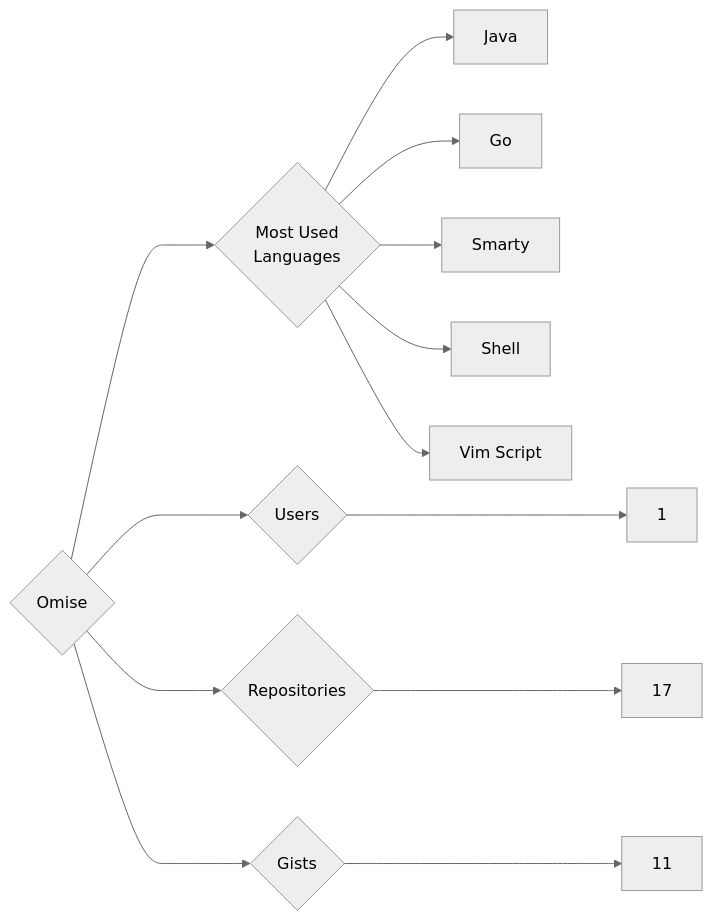
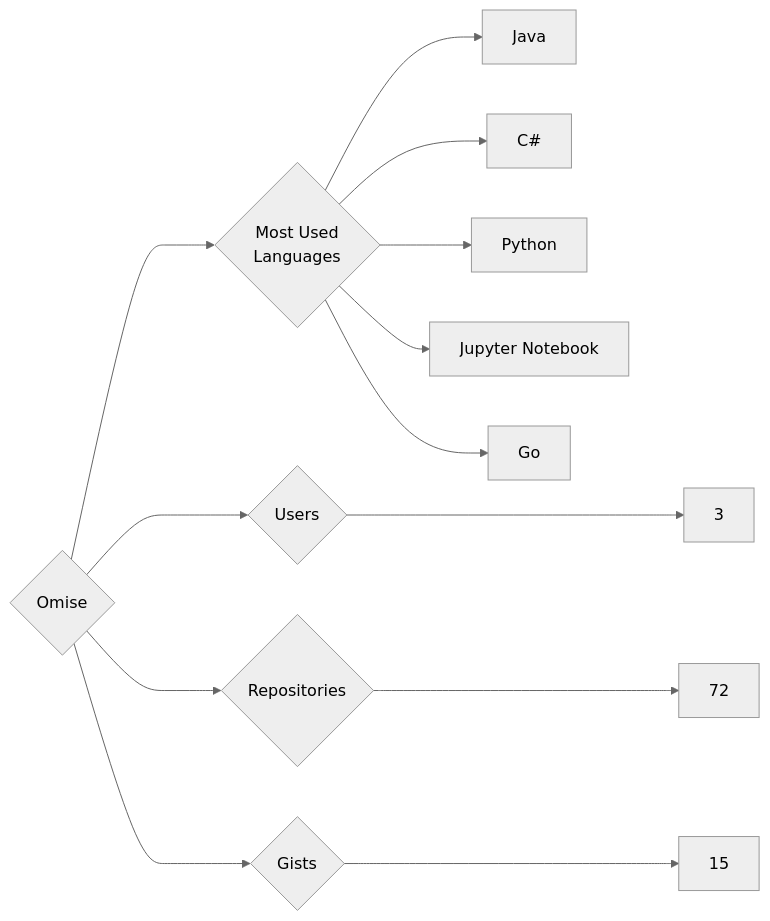
Before and after one commit to trickest/insiders: the diagram in targets/Omise/README.md, drawn with Mermaid (neutral theme). The commit also changed 787 other files, not shown here.

````diff
--- a/targets/Omise/README.md
+++ b/targets/Omise/README.md
@@ -3,13 +3,13 @@
 ```mermaid
 graph LR
 COMPANY_NAME{Omise}
-COMPANY_NAME ---> U{Users} ---> UN[1]
-COMPANY_NAME ---> R{Repositories} ---> RN[17]
-COMPANY_NAME ---> G{Gists} ---> GN[11]
+COMPANY_NAME ---> U{Users} ---> UN[3]
+COMPANY_NAME ---> R{Repositories} ---> RN[72]
+COMPANY_NAME ---> G{Gists} ---> GN[15]
 COMPANY_NAME ---> ML{Most Used<br>Languages}
 ML --> Java[Java]
+ML --> C#[C#]
+ML --> Python[Python]
+ML --> Jupyter_Notebook[Jupyter Notebook]
 ML --> Go[Go]
-ML --> Smarty[Smarty]
-ML --> Shell[Shell]
-ML --> Vim_Script[Vim Script]
 ```
````
